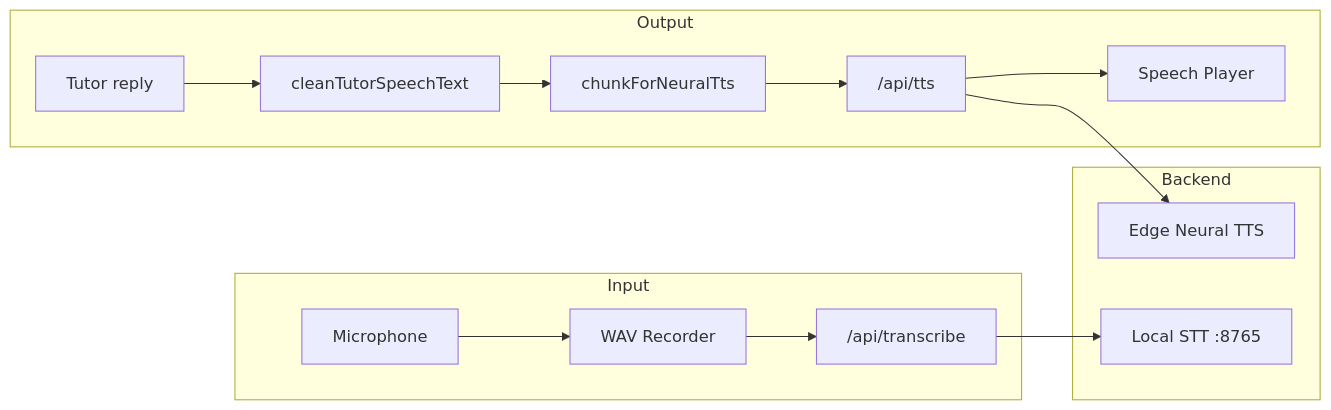
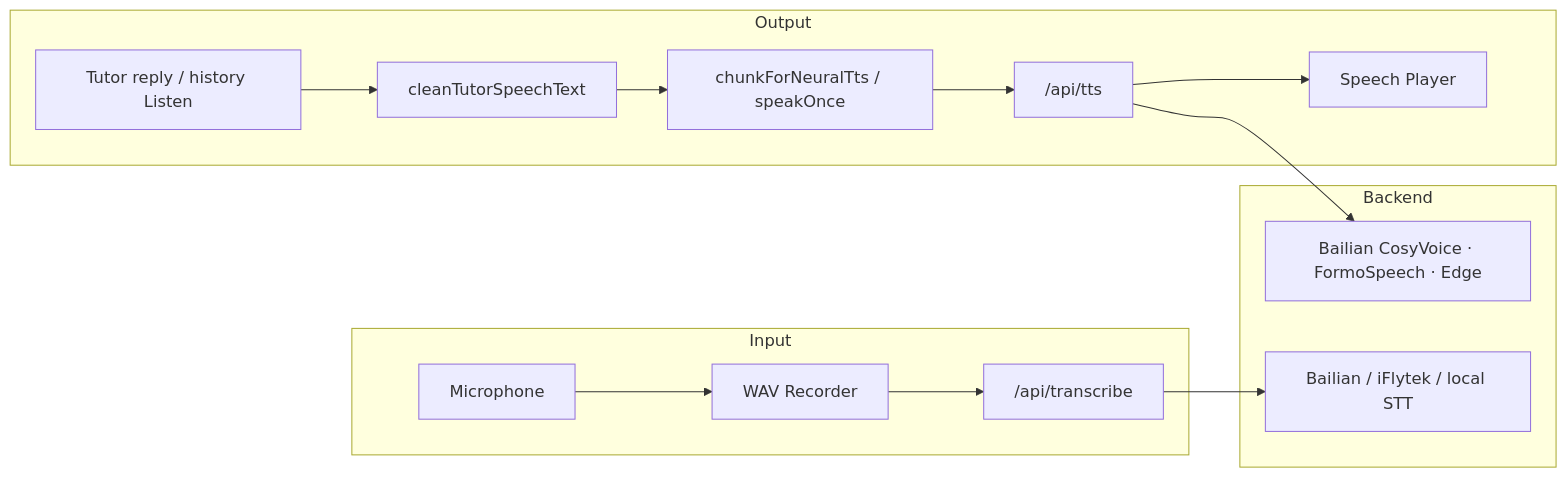
One commit to zilinli/ryan_learning changed the diagram in docs/subsystems/voice-tts-stt.md. Above: the diagram before and after it, drawn with Mermaid. The commit also changed other lines of this file and 5 other files, not shown here.

First line of the commit message:
docs: sync README and design docs for Listen UX and TTS/SVG fixes

````diff
--- a/docs/subsystems/voice-tts-stt.md
+++ b/docs/subsystems/voice-tts-stt.md
@@ -9,19 +10,19 @@
 ```mermaid
 flowchart LR
     subgraph Input
         Mic["Microphone"] --> WAV["WAV Recorder"]
         WAV --> API1["/api/transcribe"]
     end
 
     subgraph Output
-        Text["Tutor reply"] --> Clean["cleanTutorSpeechText"]
-        Clean --> Chunk["chunkForNeuralTts"]
+        Text["Tutor reply / history Listen"] --> Clean["cleanTutorSpeechText"]
+        Clean --> Chunk["chunkForNeuralTts / speakOnce"]
         Chunk --> API2["/api/tts"]
         API2 --> Player["Speech Player"]
     end
 
     subgraph Backend
-        API1 --> STT["Local STT :8765"]
-        API2 --> Edge["Edge Neural TTS"]
+        API1 --> Engines["Bailian / iFlytek / local STT"]
+        API2 --> TTS["Bailian CosyVoice · FormoSpeech · Edge"]
     end
 ```
````
